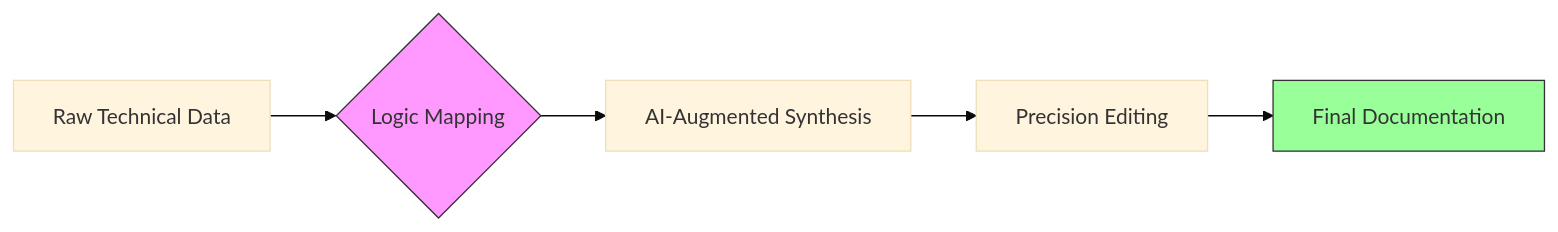
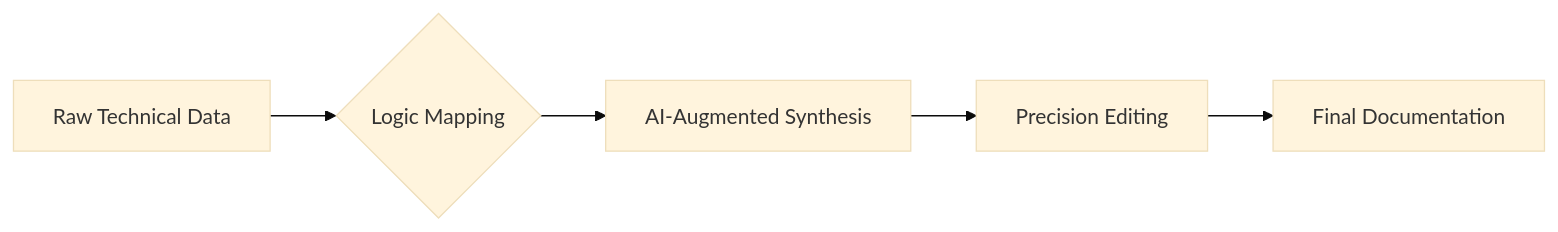
The diagram in README.md (thedatafae/documentation-architecture), drawn with Mermaid (base theme) before and after one commit.

````diff
--- a/README.md
+++ b/README.md
@@ -29,10 +29,7 @@
 ```mermaid
 graph LR
     A[Raw Technical Data] --> B{Logic Mapping}
     B --> C[AI-Augmented Synthesis]
     C --> D[Precision Editing]
     D --> E[Final Documentation]
-    
-    style B fill:#f9f,stroke:#333
-    style E fill:#9f9,stroke:#333
 ```
````
